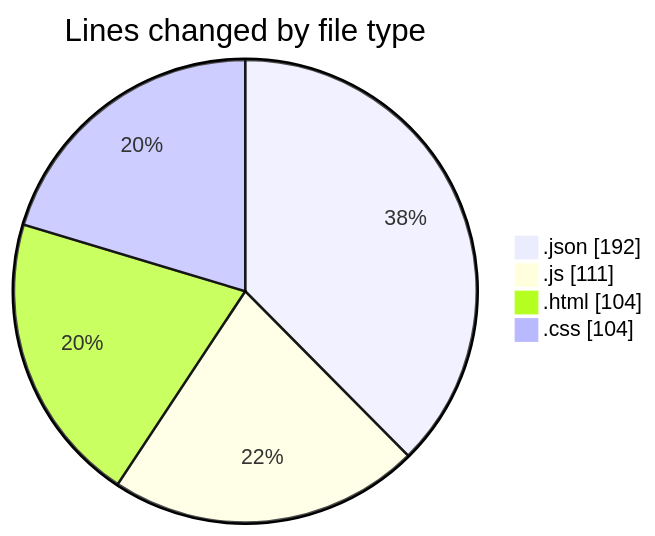
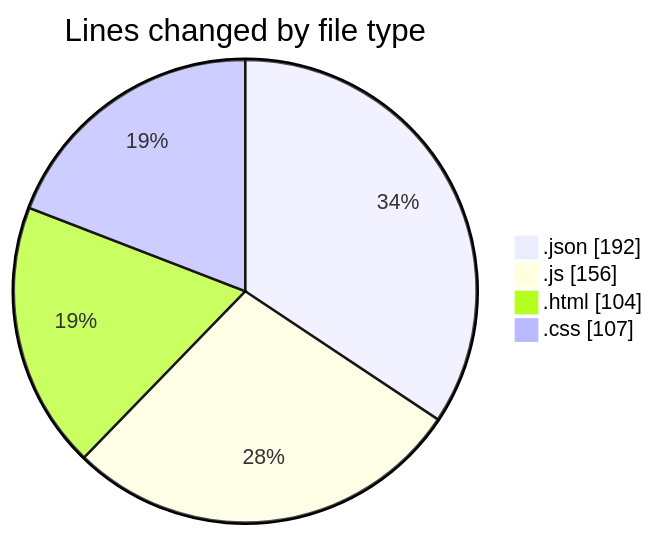
One commit to Ritupan-Deka/code-tracking changed the first of 2 diagrams in 2025-07-05/hidden_search_widget/README.md. Above: the diagram before and after it, drawn with Mermaid. The commit also changed other lines of this file and 1 other file, not shown here.

````diff
--- a/2025-07-05/hidden_search_widget/README.md
+++ b/2025-07-05/hidden_search_widget/README.md
@@ -23,8 +23,8 @@
 ```mermaid
 pie showData
 title Lines changed by file type
 ".json" : 192
-".js" : 111
+".js" : 156
 ".html" : 104
-".css" : 104
+".css" : 107
 ```
````
